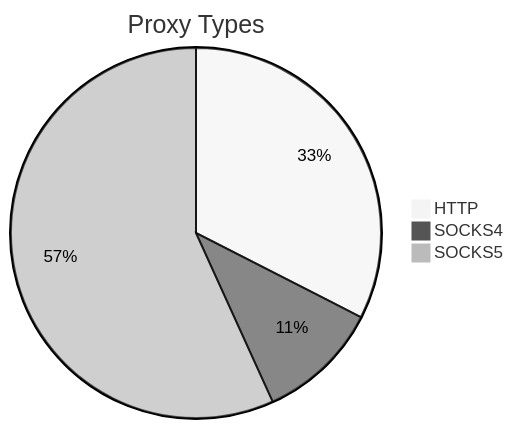
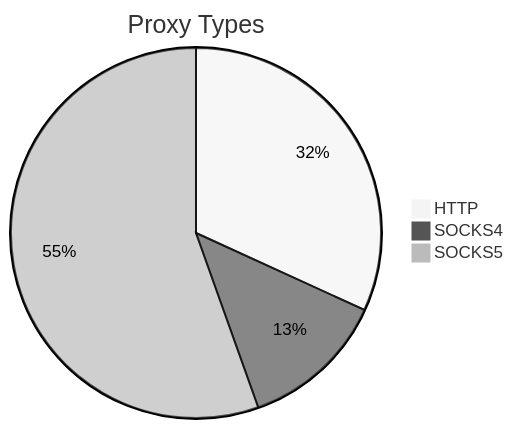
Before and after one commit to stormsia/proxy-list: the first of 2 diagrams in README.md, drawn with Mermaid (neutral theme). The commit also changed other lines of this file, not shown here.

````diff
--- a/README.md
+++ b/README.md
@@ -21,6 +21,6 @@
 ```mermaid
 pie title Proxy Types
-    "HTTP" : 79
-    "SOCKS4" : 26
-    "SOCKS5" : 138
+    "HTTP" : 70
+    "SOCKS4" : 28
+    "SOCKS5" : 122
 ```
````
